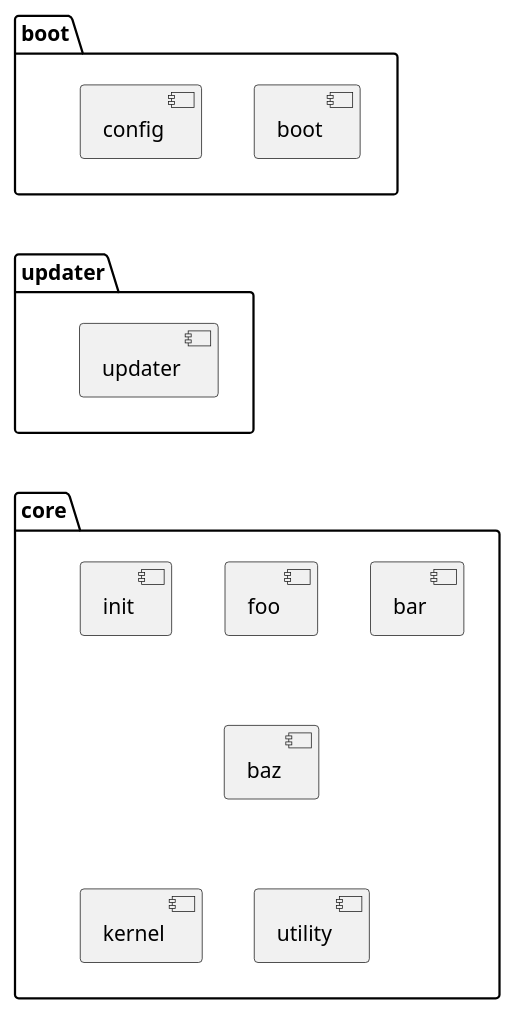
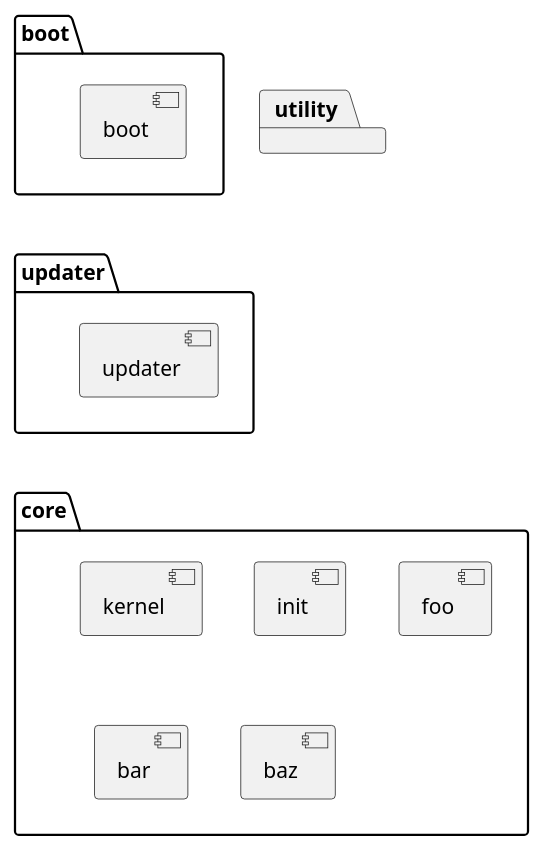
Before and after one commit to kokabe2/surfes: the first of 2 diagrams in README.md, drawn with PlantUML. The commit also changed other lines of this file, not shown here.

````diff
--- a/README.md
+++ b/README.md
@@ -9,33 +9,30 @@
 ```plantuml
 @startuml component diagram
 skinparam {
     defaultFontName Ricty Diminished
     monochrome true
 }
 
 package "boot" as boot_package{
     [boot]
-    [config]
 }
 
 package "core" as core_package{
     [kernel]
     [init]
-    [utility]
     [foo]
     [bar]
     [baz]
 }
 
-[init] -[hidden]do--> [kernel]
-[utility] -[hidden]l--> [kernel]
-
 package "updater" as updater_package{
     [updater]
 }
+
+package "utility"
 
 boot_package -[hidden]d-> updater_package
 updater_package -[hidden]d-> core_package
 
 @enduml
 ```
````
